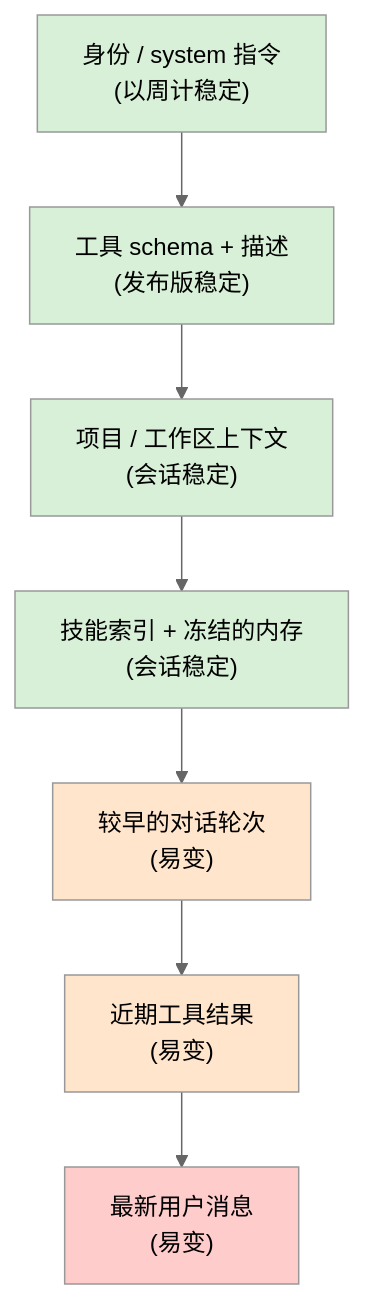
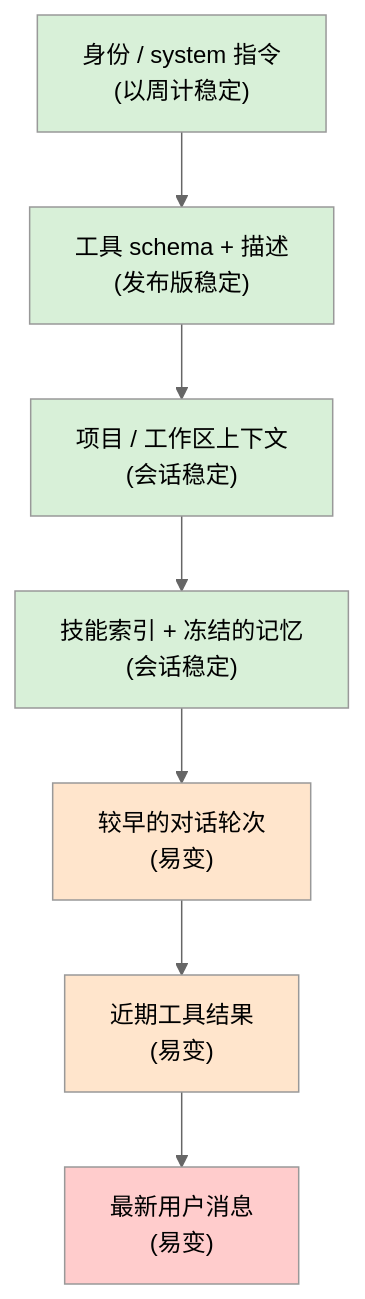
The diagram in course-zh/04-prompts-context-cache.md (ocxers/agentic-ai-system-course-zh), drawn with Mermaid (neutral theme) before and after one commit. The commit also changed other lines of this file and 22 other files, not shown here.

````diff
--- a/course-zh/04-prompts-context-cache.md
+++ b/course-zh/04-prompts-context-cache.md
@@ -23,17 +23,17 @@
 ```mermaid
 flowchart TD
     A["身份 / system 指令<br/>(以周计稳定)"] --> B["工具 schema + 描述<br/>(发布版稳定)"]
     B --> C["项目 / 工作区上下文<br/>(会话稳定)"]
-    C --> D["技能索引 + 冻结的内存<br/>(会话稳定)"]
+    C --> D["技能索引 + 冻结的记忆<br/>(会话稳定)"]
     D --> E["较早的对话轮次<br/>(易变)"]
     E --> F["近期工具结果<br/>(易变)"]
     F --> G["最新用户消息<br/>(易变)"]
 
     style A fill:#d8f0d8
     style B fill:#d8f0d8
     style C fill:#d8f0d8
     style D fill:#d8f0d8
     style E fill:#ffe5cc
     style F fill:#ffe5cc
     style G fill:#ffcccc
 ```
````
